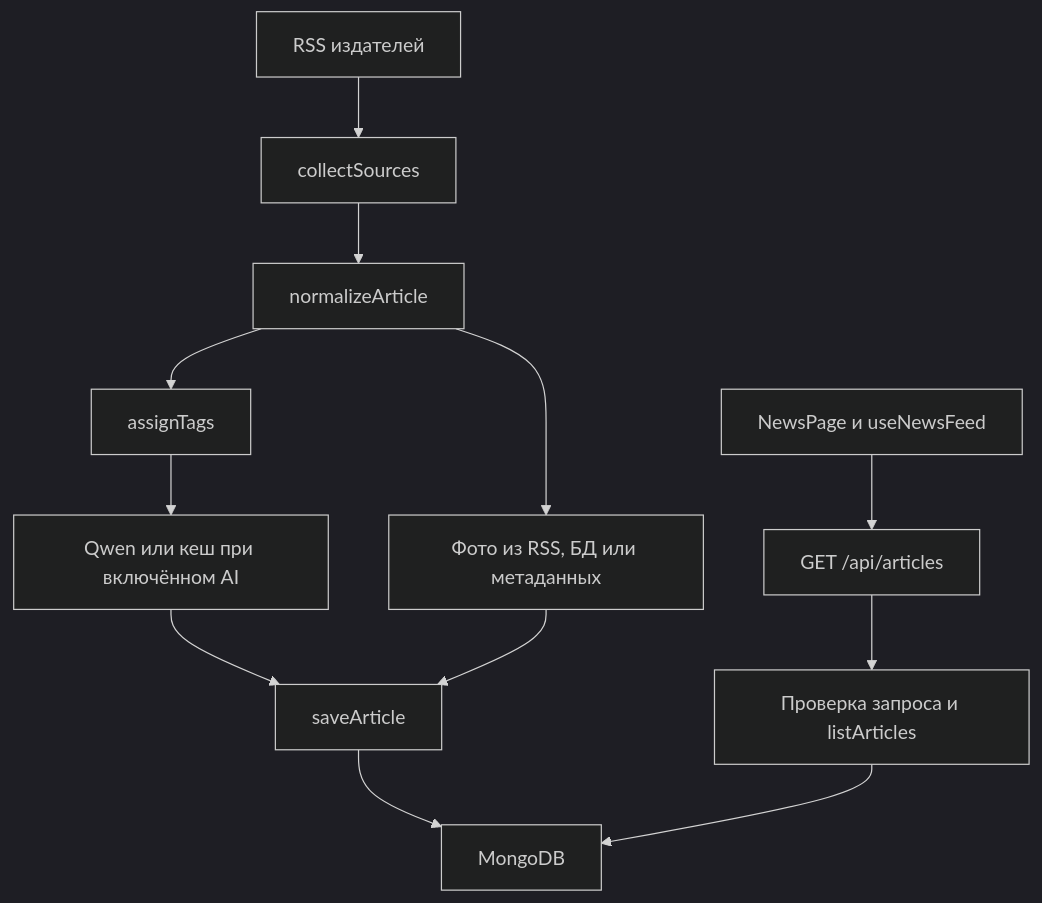
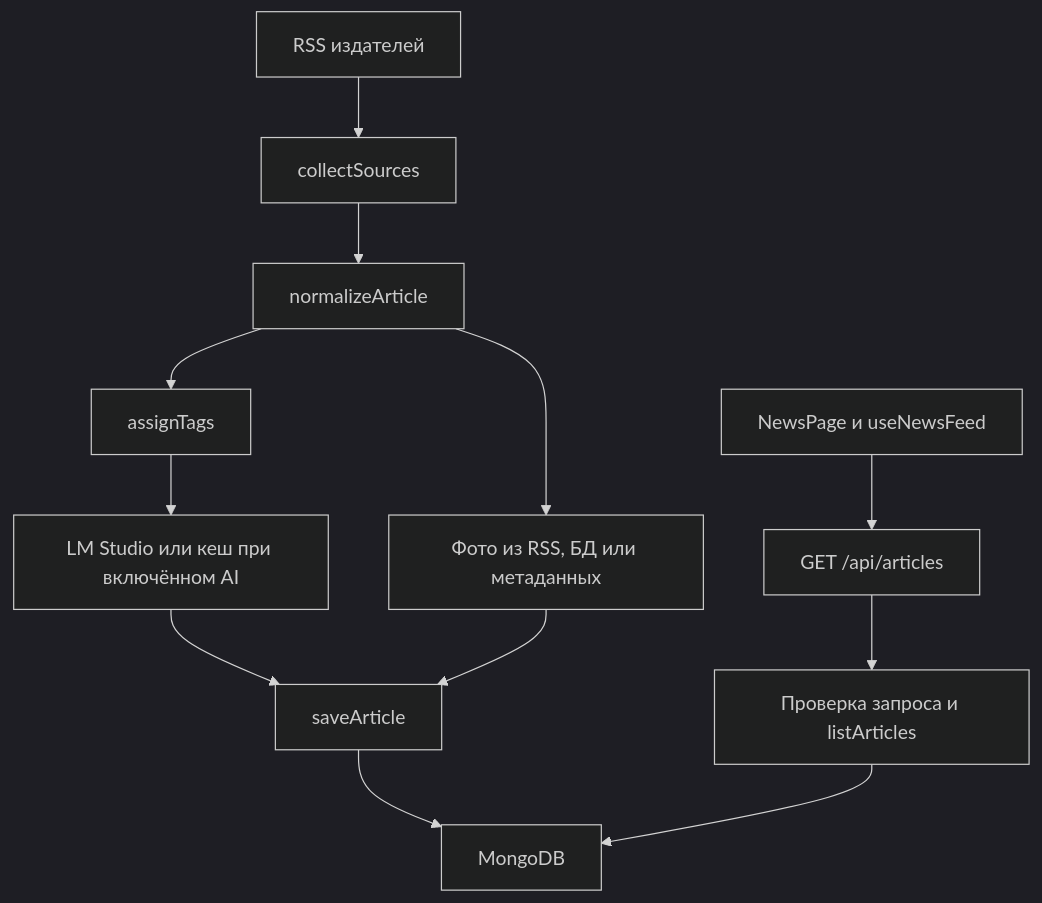
One commit to Darmanchev/news-aggregator changed the diagram in PROJECT_GUIDE.md. Above: the diagram before and after it, drawn with Mermaid (dark theme). The commit also changed other lines of this file and 15 other files, not shown here.

Commit message:
remove Qwen cloud tagging and new-stories notice; rely on LM Studio and manual refresh

````diff
--- a/PROJECT_GUIDE.md
+++ b/PROJECT_GUIDE.md
@@ -11,14 +11,14 @@
 ```mermaid
 flowchart TD
     RSS["RSS издателей"] --> Collect["collectSources"]
     Collect --> Normalize["normalizeArticle"]
     Normalize --> Tags["assignTags"]
     Normalize --> Preview["Фото из RSS, БД или метаданных"]
-    Tags --> Classify["Qwen или кеш при включённом AI"]
+    Tags --> Classify["LM Studio или кеш при включённом AI"]
     Classify --> Save["saveArticle"]
     Preview --> Save
     Save --> DB["MongoDB"]
     UI["NewsPage и useNewsFeed"] --> API["GET /api/articles"]
     API --> Read["Проверка запроса и listArticles"]
     Read --> DB
 ```
````
